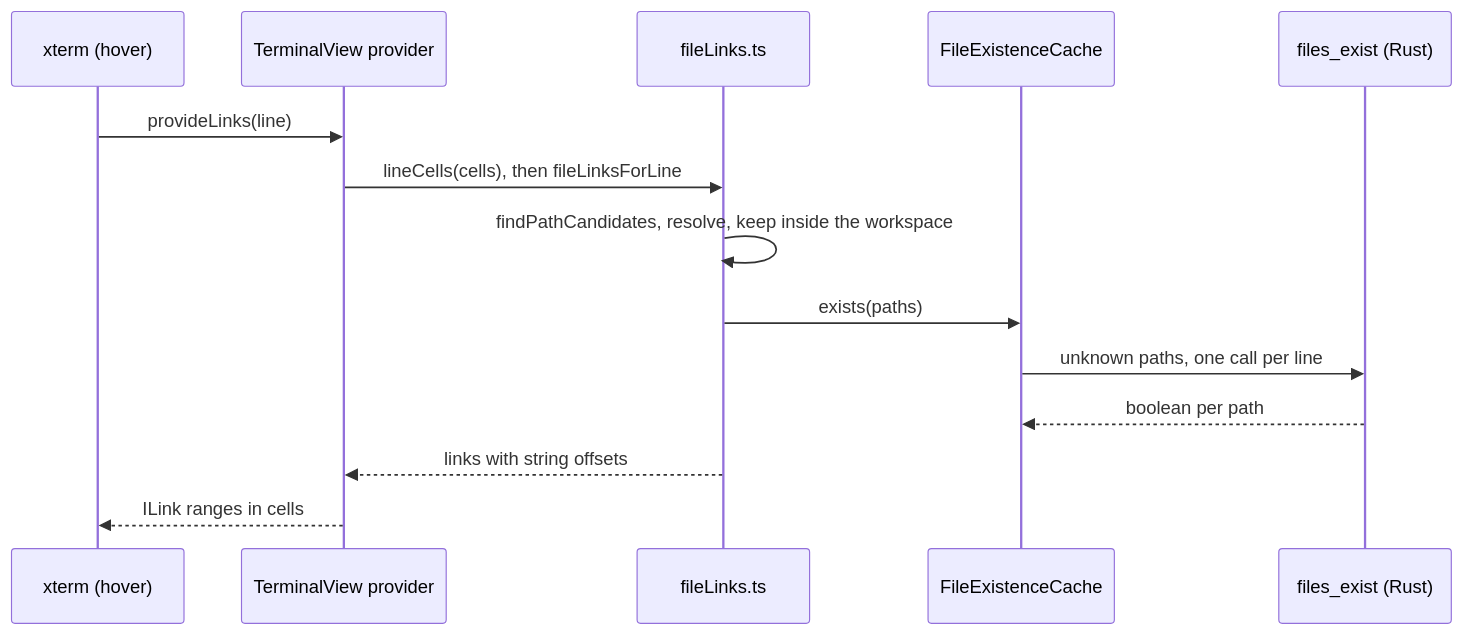
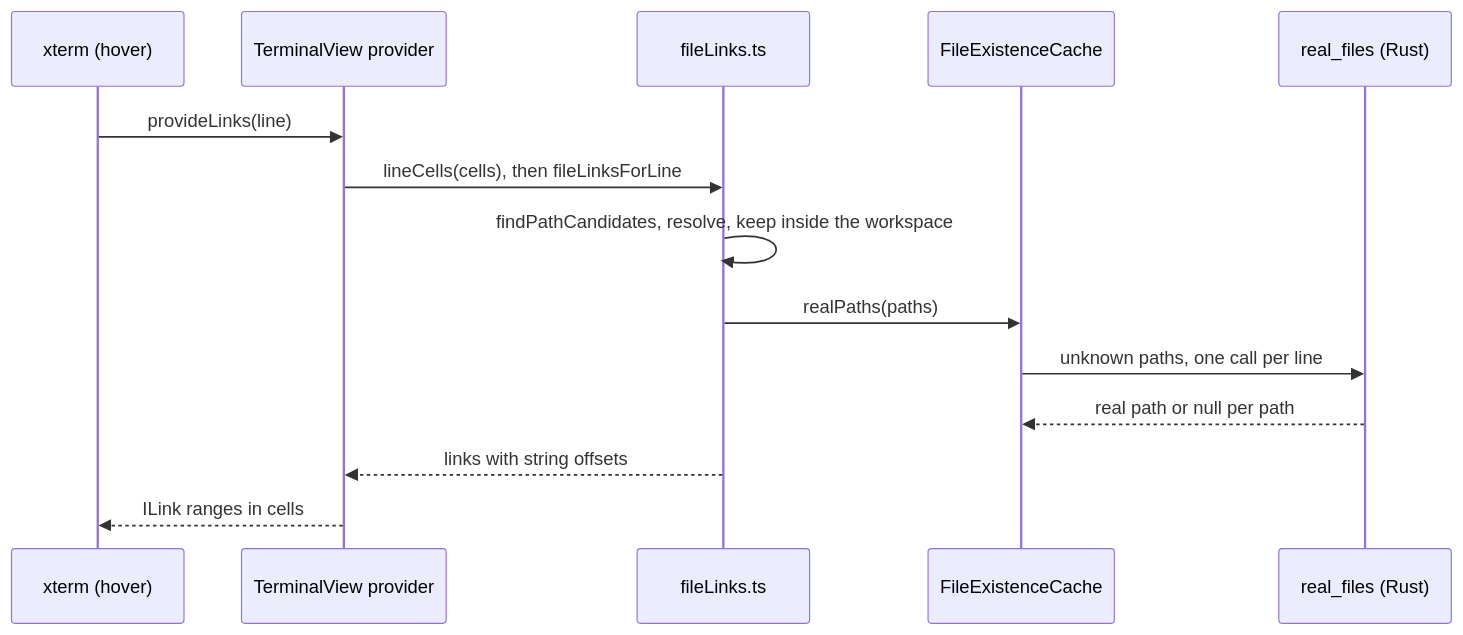
The second of 2 diagrams in docs/wiki/developer/How-Terminal-Features-Work.md (shibbirweb/git-manager), drawn with Mermaid before and after one commit. The commit also changed other lines of this file and 13 other files, not shown here.

````diff
--- a/docs/wiki/developer/How-Terminal-Features-Work.md
+++ b/docs/wiki/developer/How-Terminal-Features-Work.md
@@ -37,16 +37,16 @@
 ```mermaid
 sequenceDiagram
   participant X as xterm (hover)
   participant V as TerminalView provider
   participant L as fileLinks.ts
   participant C as FileExistenceCache
-  participant R as files_exist (Rust)
+  participant R as real_files (Rust)
   X->>V: provideLinks(line)
   V->>L: lineCells(cells), then fileLinksForLine
   L->>L: findPathCandidates, resolve, keep inside the workspace
-  L->>C: exists(paths)
+  L->>C: realPaths(paths)
   C->>R: unknown paths, one call per line
-  R-->>C: boolean per path
+  R-->>C: real path or null per path
   L-->>V: links with string offsets
   V-->>X: ILink ranges in cells
 ```
````
